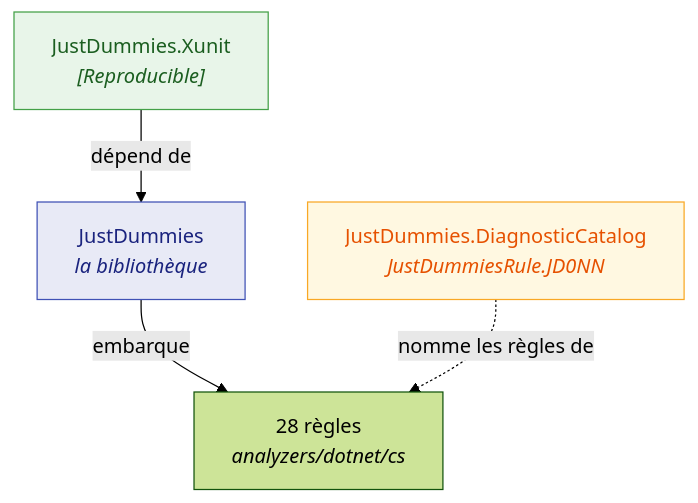
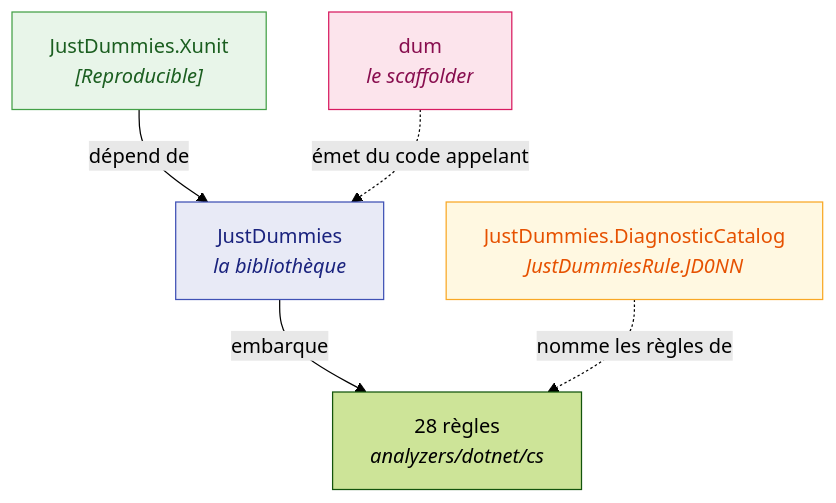
The diagram in doc/handwritten/for-users/packages/README.fr.md (Reefact/just-dummies), drawn with Mermaid (forest theme) before and after one commit. The commit also changed other lines of this file and 7 other files, not shown here.

````diff
--- a/doc/handwritten/for-users/packages/README.fr.md
+++ b/doc/handwritten/for-users/packages/README.fr.md
@@ -16,10 +19,12 @@
 ```mermaid
 flowchart TD
     L["JustDummies<br/><i>la bibliothèque</i>"] -->|"embarque"| A["28 règles<br/><i>analyzers/dotnet/cs</i>"]
     X["JustDummies.Xunit<br/><i>[Reproducible]</i>"] -->|"dépend de"| L
     C["JustDummies.DiagnosticCatalog<br/><i>JustDummiesRule.JD0NN</i>"]
     C -.->|"nomme les règles de"| A
+    D["dum<br/><i>le scaffolder</i>"] -.->|"émet du code appelant"| L
     style L fill:#e8eaf6,stroke:#3f51b5,color:#1a237e
     style X fill:#e8f5e9,stroke:#43a047,color:#1b5e20
     style C fill:#fff8e1,stroke:#f9a825,color:#e65100
+    style D fill:#fce4ec,stroke:#d81b60,color:#880e4f
 ```
````
